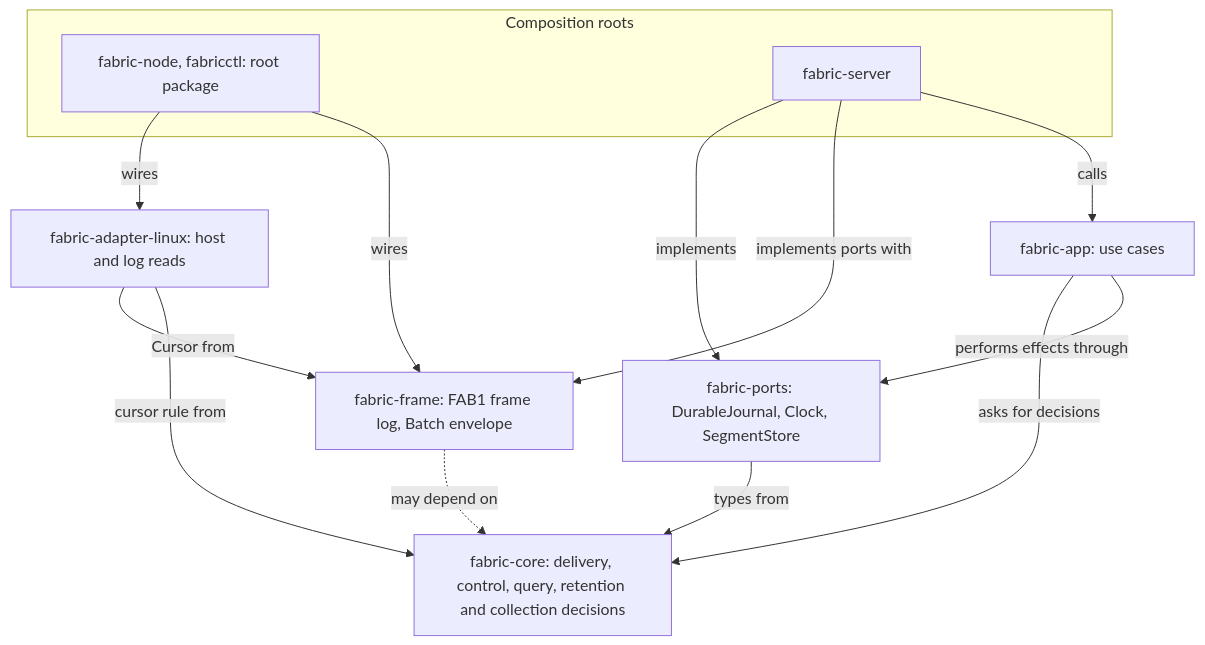
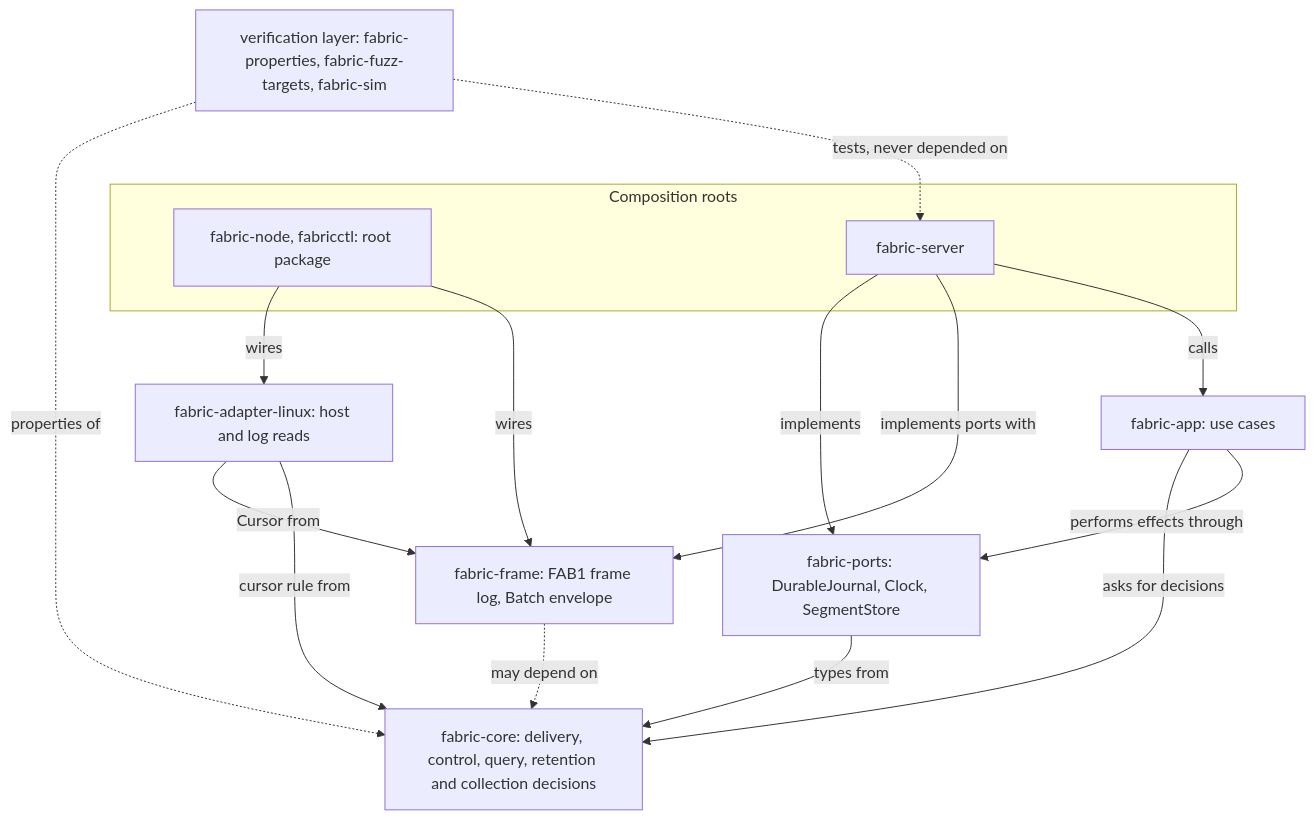
Before and after one commit to kmosoti/FabricO11y: the diagram in docs/diagrams/layers.mmd, drawn with Mermaid. The commit also changed 9 other files, not shown here.

```diff
--- a/docs/diagrams/layers.mmd
+++ b/docs/diagrams/layers.mmd
@@ -1,21 +1,24 @@
 flowchart TB
     subgraph Roots[Composition roots]
         Node[fabric-node, fabricctl: root package]
         Server[fabric-server]
     end
     App[fabric-app: use cases]
     Ports[fabric-ports: DurableJournal, Clock, SegmentStore]
     Support[fabric-frame: FAB1 frame log, Batch envelope]
     Linux[fabric-adapter-linux: host and log reads]
     Core[fabric-core: delivery, control, query, retention and collection decisions]
+    Verify[verification layer: fabric-properties, fabric-fuzz-targets, fabric-sim]
     Node -->|wires| Support
     Node -->|wires| Linux
     Linux -->|cursor rule from| Core
     Linux -->|Cursor from| Support
     Server -->|calls| App
     Server -->|implements ports with| Support
     Server -->|implements| Ports
     App -->|performs effects through| Ports
     App -->|asks for decisions| Core
     Ports -->|types from| Core
     Support -.->|may depend on| Core
+    Verify -.->|tests, never depended on| Server
+    Verify -.->|properties of| Core
```
